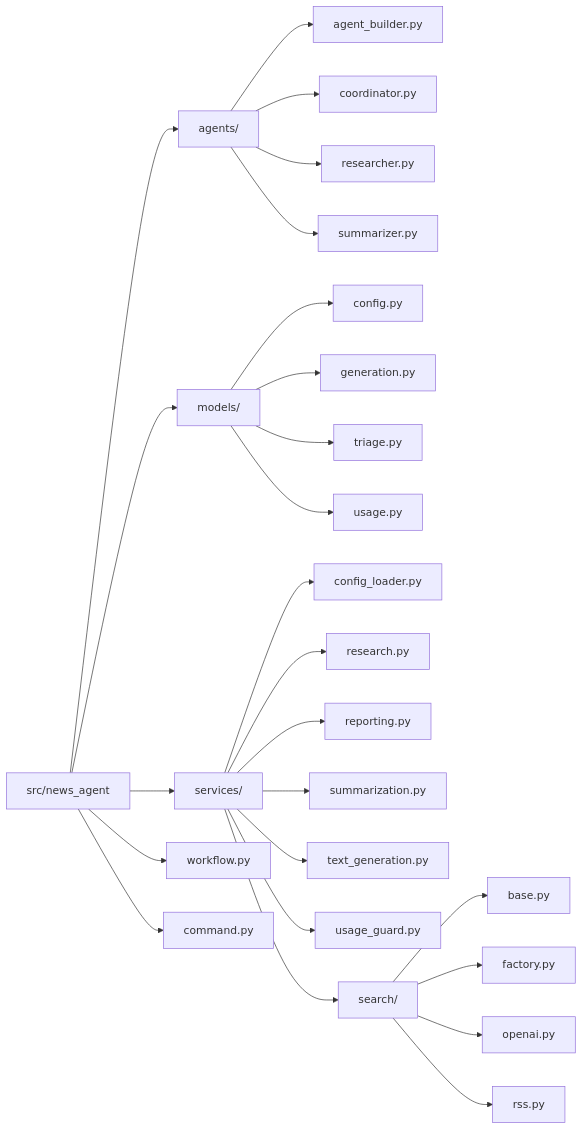
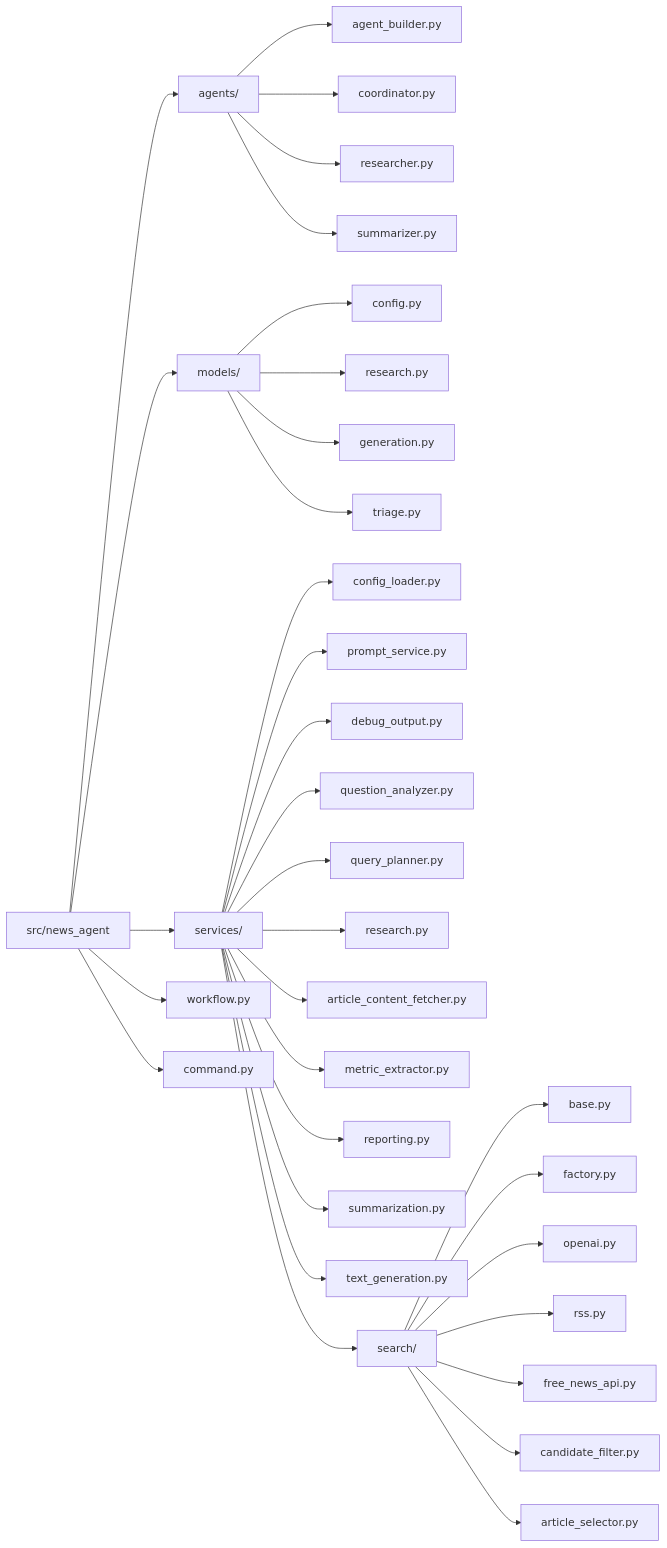
Before and after one commit to mouak-ayoub/news_agent: the second of 5 diagrams in docs/ARCHITECTURE.md, drawn with Mermaid. The commit also changed other lines of this file and 6 other files, not shown here.

````diff
--- a/docs/ARCHITECTURE.md
+++ b/docs/ARCHITECTURE.md
@@ -26,31 +38,39 @@
 ```mermaid
 flowchart LR
     Root["src/news_agent"] --> Agents["agents/"]
     Root --> Models["models/"]
     Root --> Services["services/"]
-    Root --> App["workflow.py"]
-    Root --> Cli["command.py"]
+    Root --> Workflow["workflow.py"]
+    Root --> Command["command.py"]
 
     Agents --> AB["agent_builder.py"]
     Agents --> CO["coordinator.py"]
     Agents --> RE["researcher.py"]
     Agents --> SU["summarizer.py"]
 
     Models --> MC["config.py"]
+    Models --> MR["research.py"]
     Models --> MG["generation.py"]
     Models --> MT["triage.py"]
-    Models --> MU["usage.py"]
 
     Services --> CL["config_loader.py"]
+    Services --> PS["prompt_service.py"]
+    Services --> DO["debug_output.py"]
+    Services --> QA["question_analyzer.py"]
+    Services --> QP["query_planner.py"]
     Services --> RS["research.py"]
+    Services --> ACF["article_content_fetcher.py"]
+    Services --> MX["metric_extractor.py"]
     Services --> RP["reporting.py"]
     Services --> SM["summarization.py"]
     Services --> TG["text_generation.py"]
-    Services --> UG["usage_guard.py"]
-    Services --> SS["search/"]
+    Services --> Search["search/"]
 
-    SS --> SB["base.py"]
-    SS --> SF["factory.py"]
-    SS --> SO["openai.py"]
-    SS --> SR["rss.py"]
+    Search --> SB["base.py"]
+    Search --> SF["factory.py"]
+    Search --> SO["openai.py"]
+    Search --> SR["rss.py"]
+    Search --> SN["free_news_api.py"]
+    Search --> CF["candidate_filter.py"]
+    Search --> AS["article_selector.py"]
 ```
````
